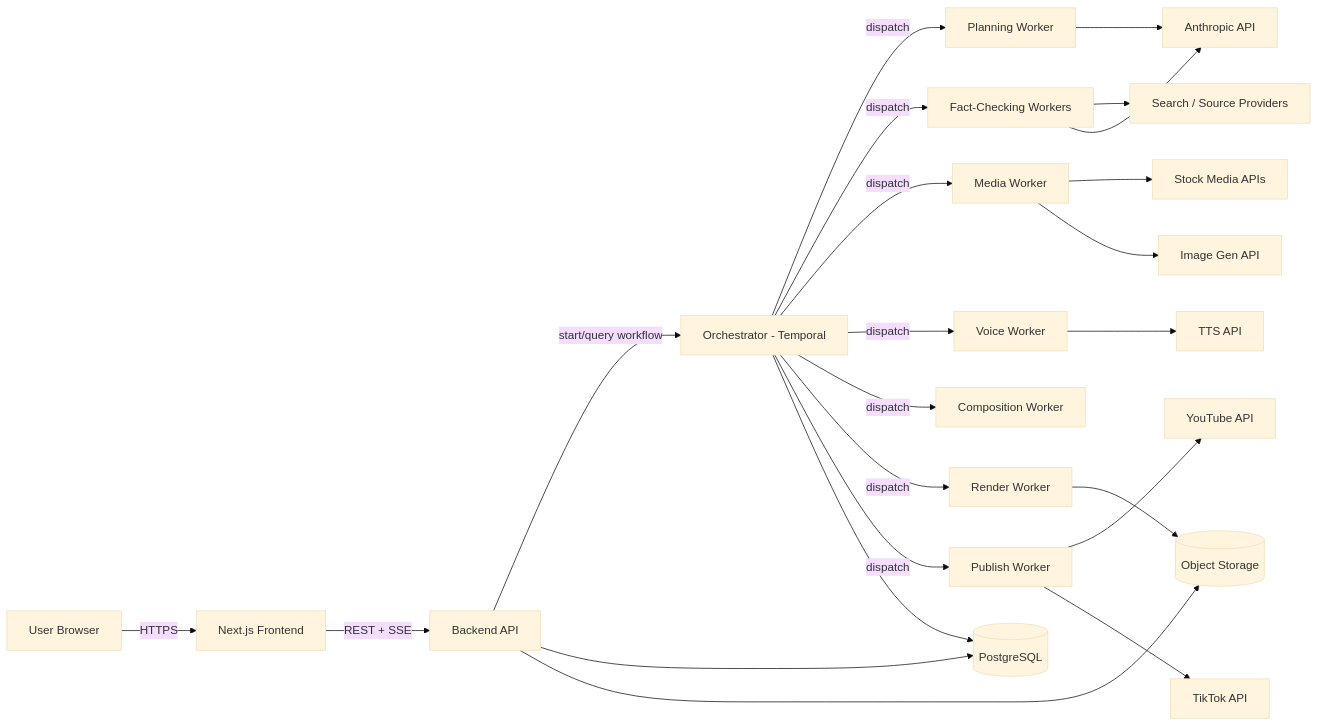
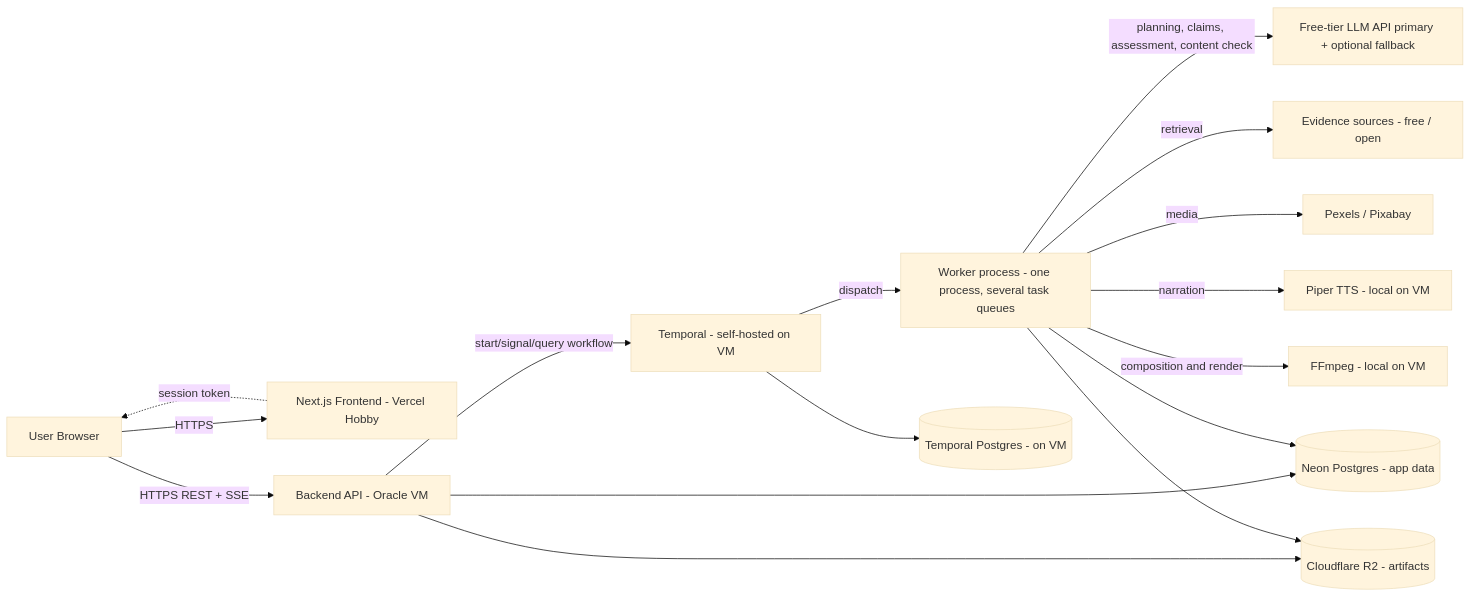
Before and after one commit to WillyPhan06/e2ecg: the first of 3 diagrams in ARCHITECTURE.md, drawn with Mermaid (base theme). The commit also changed other lines of this file and 2 other files, not shown here.

Commit message:
Updated to lower scope from 2 mode deployment to only free/limited deploy approach

````diff
--- a/ARCHITECTURE.md
+++ b/ARCHITECTURE.md
@@ -15,25 +17,18 @@
 ```mermaid
 graph LR
-    U[User Browser] -->|HTTPS| FE[Next.js Frontend]
-    FE -->|REST + SSE| API[Backend API]
-    API -->|start/query workflow| ORCH[Orchestrator - Temporal]
-    ORCH -->|dispatch| W1[Planning Worker]
-    ORCH -->|dispatch| W2[Fact-Checking Workers]
-    ORCH -->|dispatch| W3[Media Worker]
-    ORCH -->|dispatch| W4[Voice Worker]
-    ORCH -->|dispatch| W5[Composition Worker]
-    ORCH -->|dispatch| W6[Render Worker]
-    ORCH -->|dispatch| W7[Publish Worker]
-    W1 --> LLM[Anthropic API]
-    W2 --> SEARCH[Search / Source Providers]
-    W2 --> LLM
-    W3 --> STOCK[Stock Media APIs]
-    W3 --> GEN[Image Gen API]
-    W4 --> TTS[TTS API]
-    W6 --> STORE[(Object Storage)]
-    W7 --> YT[YouTube API]
-    W7 --> TT[TikTok API]
-    API --> DB[(PostgreSQL)]
-    ORCH --> DB
-    API --> STORE
+    U[User Browser] -->|HTTPS| FE[Next.js Frontend - Vercel Hobby]
+    U -->|HTTPS REST + SSE| API[Backend API - Oracle VM]
+    FE -.session token.-> U
+    API -->|start/signal/query workflow| ORCH[Temporal - self-hosted on VM]
+    ORCH -->|dispatch| WK[Worker process - one process, several task queues]
+    WK -->|planning, claims, assessment, content check| LLM[Free-tier LLM API primary + optional fallback]
+    WK -->|retrieval| SEARCH[Evidence sources - free / open]
+    WK -->|media| STOCK[Pexels / Pixabay]
+    WK -->|narration| PIPER[Piper TTS - local on VM]
+    WK -->|composition and render| FF[FFmpeg - local on VM]
+    API --> DB[(Neon Postgres - app data)]
+    WK --> DB
+    ORCH --> TDB[(Temporal Postgres - on VM)]
+    API --> R2[(Cloudflare R2 - artifacts)]
+    WK --> R2
 ```
````
